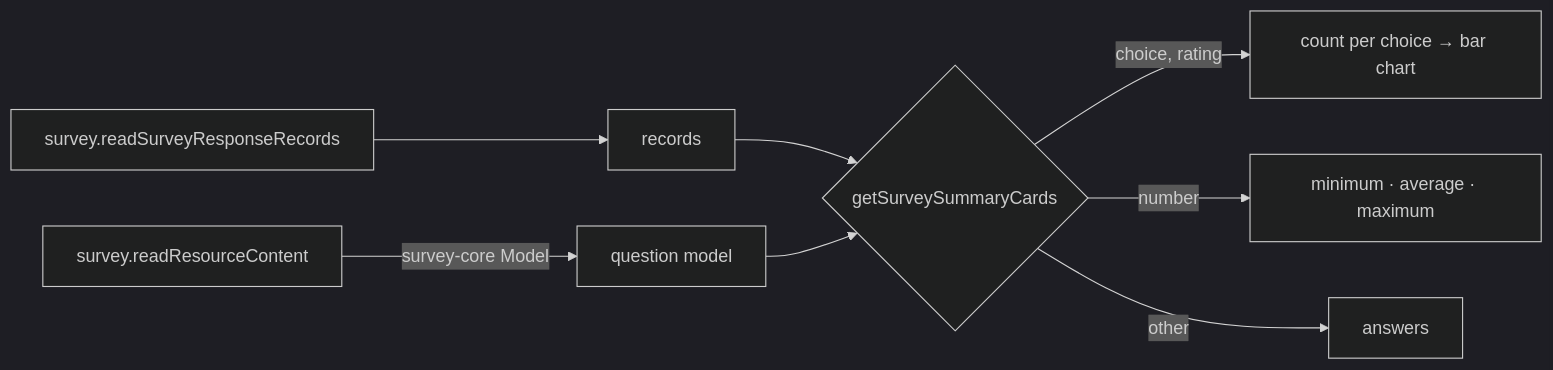
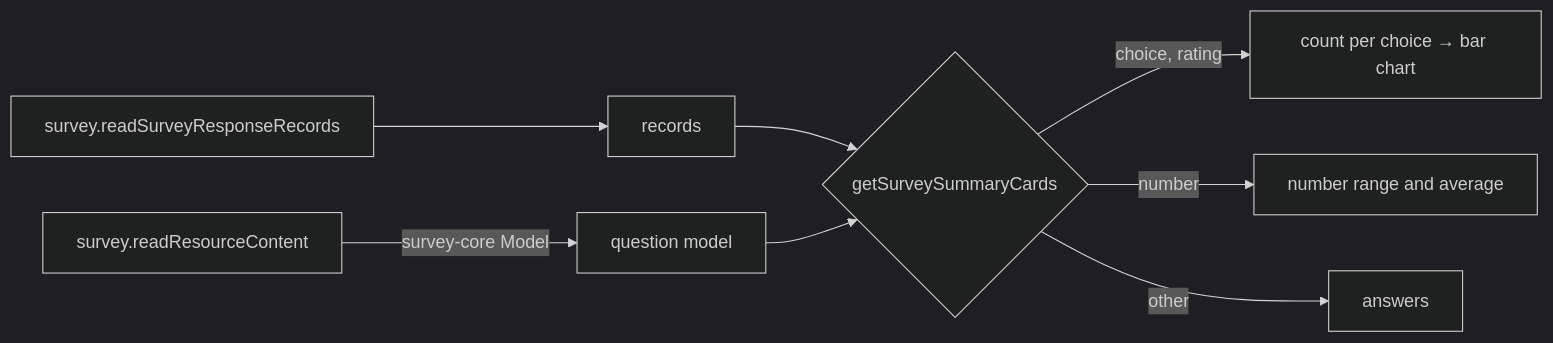
Before and after one commit to Esposter/Esposter: the diagram in openspec/specs/resource/survey-response-summary/design.md, drawn with Mermaid (dark theme). The commit also changed 13 other files, not shown here.

````diff
--- a/openspec/specs/resource/survey-response-summary/design.md
+++ b/openspec/specs/resource/survey-response-summary/design.md
@@ -24,10 +24,10 @@
 ```mermaid
 flowchart LR
   READ["survey.readSurveyResponseRecords"] --> REC[records]
   CONTENT["survey.readResourceContent"] -->|"survey-core Model"| Q[question model]
   REC --> AGG{getSurveySummaryCards}
   Q --> AGG
   AGG -->|choice, rating| BAR[count per choice → bar chart]
-  AGG -->|number| STAT[minimum · average · maximum]
+  AGG -->|number| STAT["number range and average"]
   AGG -->|other| LIST[answers]
 ```
````
